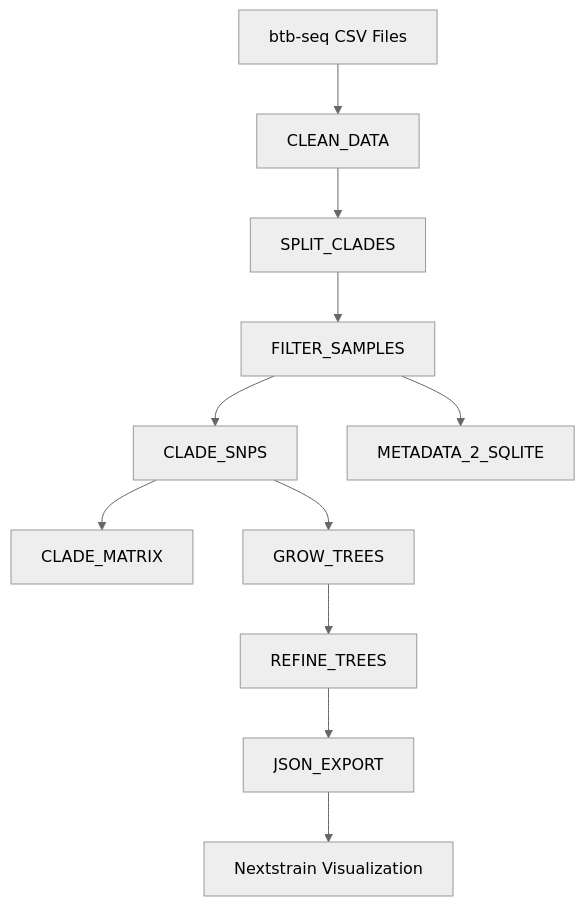
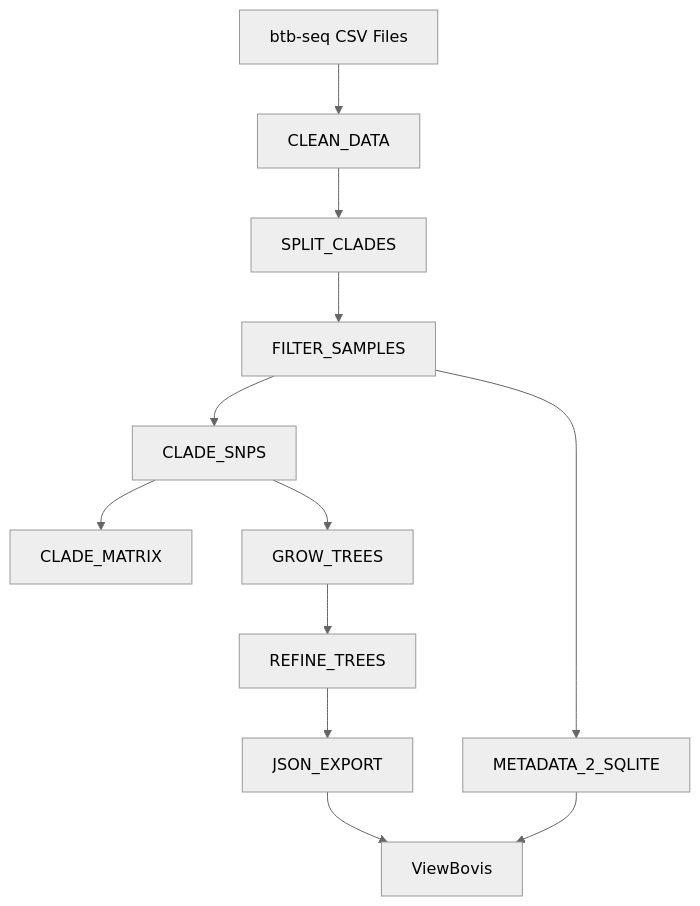
The diagram in README.md (APHA-CSU/btb-forestry), drawn with Mermaid (neutral theme) before and after one commit. The commit also changed other lines of this file, not shown here.

Commit message:
update mermaid dag

````diff
--- a/README.md
+++ b/README.md
@@ -32,13 +30,14 @@
 ```mermaid
 flowchart TD
     A[btb-seq CSV Files] --> B[CLEAN_DATA]
     B --> C[SPLIT_CLADES]
     C --> D[FILTER_SAMPLES]
     D --> E[CLADE_SNPS]
     E --> F[CLADE_MATRIX]
     E --> G[GROW_TREES]
     G --> H[REFINE_TREES]
     H --> I[JSON_EXPORT]
-    I --> J[Nextstrain Visualization]
+    I --> J[ViewBovis]
     D --> K[METADATA_2_SQLITE]
+    K --> J[ViewBovis]
 ```
````
